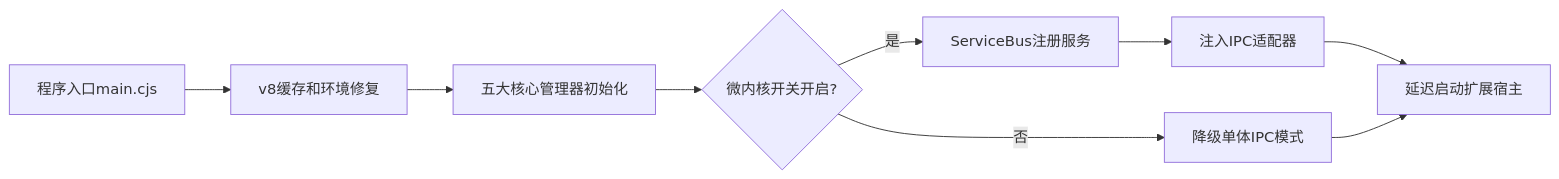
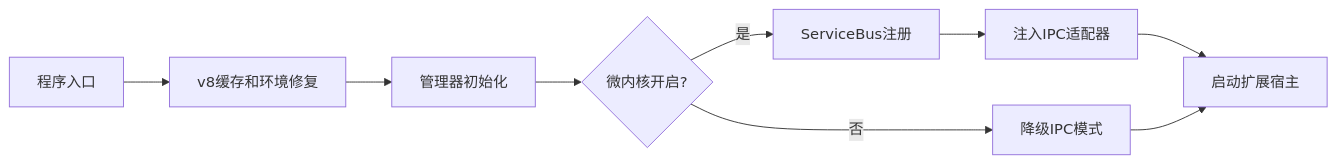
The second of 8 diagrams in README.md (chongyin10/ideaCode), drawn with Mermaid before and after one commit. The commit also changed other lines of this file, not shown here.

````diff
--- a/README.md
+++ b/README.md
@@ -167,11 +165,11 @@
 ```mermaid
 flowchart LR
-    A["程序入口main.cjs"] --> A1["v8缓存和环境修复"]
-    A1 --> A2["五大核心管理器初始化"]
-    A2 --> B{"微内核开关开启?"}
-    B -- 是 --> C["ServiceBus注册服务"]
+    A["程序入口"] --> A1["v8缓存和环境修复"]
+    A1 --> A2["管理器初始化"]
+    A2 --> B{微内核开启?}
+    B -- 是 --> C["ServiceBus注册"]
     C --> D["注入IPC适配器"]
-    D --> F["延迟启动扩展宿主"]
-    B -- 否 --> E["降级单体IPC模式"]
+    D --> F["启动扩展宿主"]
+    B -- 否 --> E["降级IPC模式"]
     E --> F
 ```
````
